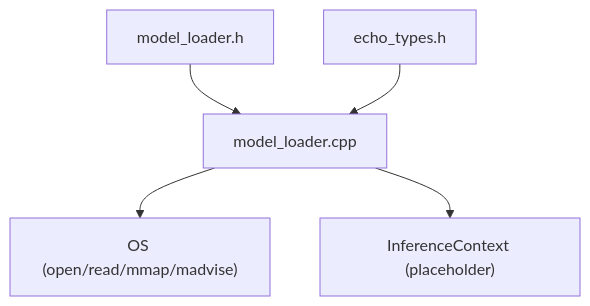
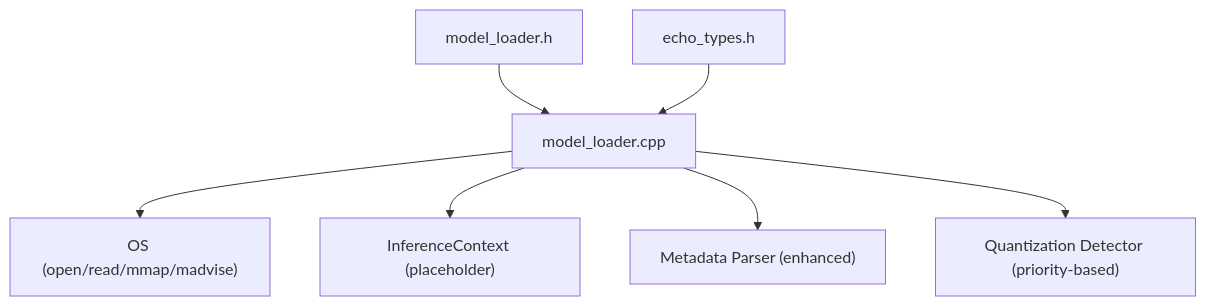
One commit to iMyth/QwenEcho changed the third of 3 diagrams in .qoder/repowiki/en/content/Model Management System/GGUF Model Format.md. Above: the diagram before and after it, drawn with Mermaid. The commit also changed other lines of this file and 129 other files, not shown here.

````diff
--- a/.qoder/repowiki/en/content/Model Management System/GGUF Model Format.md
+++ b/.qoder/repowiki/en/content/Model Management System/GGUF Model Format.md
@@ -219,7 +272,9 @@
 ```mermaid
 graph TB
 H["model_loader.h"] --> L["model_loader.cpp"]
 T["echo_types.h"] --> L
 L --> O["OS (open/read/mmap/madvise)"]
 L --> C["InferenceContext (placeholder)"]
+L --> M["Metadata Parser (enhanced)"]
+L --> Q["Quantization Detector (priority-based)"]
 ```
````
